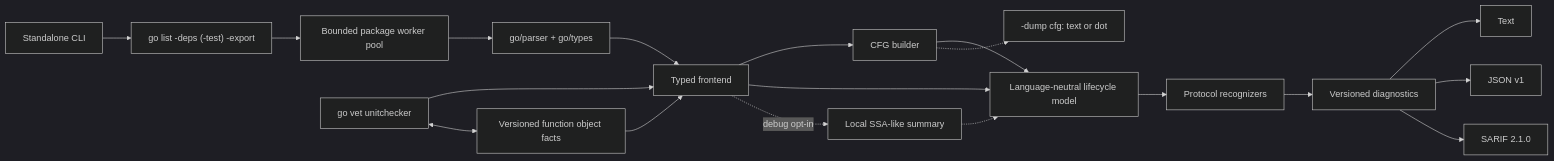
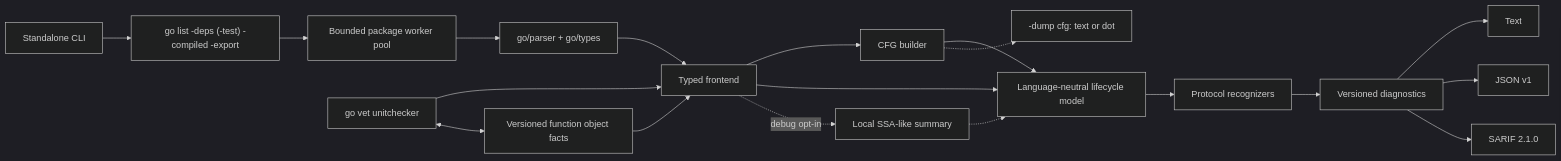
The diagram in docs/architecture.md (grigoryfedyukovich/lifeline), drawn with Mermaid (dark theme) before and after one commit. The commit also changed other lines of this file and 7 other files, not shown here.

````diff
--- a/docs/architecture.md
+++ b/docs/architecture.md
@@ -3,21 +3,21 @@
 ```mermaid
 flowchart LR
-    CLI[Standalone CLI] --> GL["go list -deps (-test) -export"]
+    CLI[Standalone CLI] --> GL["go list -deps (-test) -compiled -export"]
     GL --> POOL[Bounded package worker pool]
     POOL --> PARSE[go/parser + go/types]
     VET[go vet unitchecker] --> FE[Typed frontend]
     PARSE --> FE
     FE --> CFGB[CFG builder]
     CFGB --> MODEL[Language-neutral lifecycle model]
     FE --> MODEL
     FE -. debug opt-in .-> SSA[Local SSA-like summary]
     SSA -.-> MODEL
     MODEL --> ENG[Protocol recognizers]
     ENG --> DIAG[Versioned diagnostics]
     DIAG --> TEXT[Text]
     DIAG --> JSON[JSON v1]
     DIAG --> SARIF[SARIF 2.1.0]
     VET <--> FACT[Versioned function object facts]
     FACT --> FE
     CFGB -.-> CFGDUMP[-dump cfg: text or dot]
 ```
````
